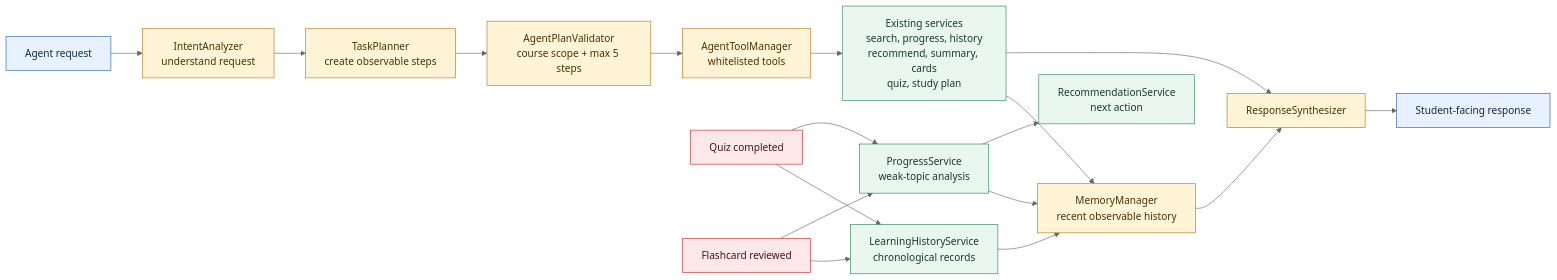
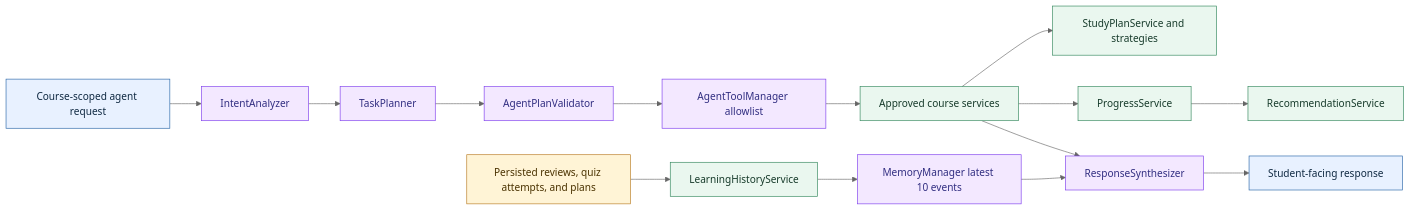
Before and after one commit to ZaaidAhmed/StudyForge: the fourth of 4 diagrams in docs/architecture-diagram.md, drawn with Mermaid (neutral theme). The commit also changed other lines of this file and 6 other files, not shown here.

````diff
--- a/docs/architecture-diagram.md
+++ b/docs/architecture-diagram.md
@@ -130,39 +147,31 @@
 ```mermaid
 flowchart LR
-    Request[Agent request]
-    Intent[IntentAnalyzer\nunderstand request]
-    Plan[TaskPlanner\ncreate observable steps]
-    Check[AgentPlanValidator\ncourse scope + max 5 steps]
-    Tools[AgentToolManager\nwhitelisted tools]
-    Services[Existing services\nsearch, progress, history\nrecommend, summary, cards\nquiz, study plan]
-    Memory[MemoryManager\nrecent observable history]
-    Response[ResponseSynthesizer]
-    Student[Student-facing response]
+    UserRequest[Course-scoped agent request]
+    Intent[IntentAnalyzer]
+    Planner[TaskPlanner]
+    Validator[AgentPlanValidator]
+    ToolManager[AgentToolManager allowlist]
+    Services[Approved course services]
+    Synthesis[ResponseSynthesizer]
+    Answer[Student-facing response]
+    History[LearningHistoryService]
+    Memory[MemoryManager latest 10 events]
+    Events[Persisted reviews, quiz attempts, and plans]
+    Progress[ProgressService]
+    Recommendation[RecommendationService]
+    StudyPlan[StudyPlanService and strategies]
 
-    Request --> Intent --> Plan --> Check --> Tools --> Services --> Response --> Student
-    Memory --> Response
-    Services --> Memory
-
-    Quiz[Quiz completed]
-    Review[Flashcard reviewed]
-    Progress[ProgressService\nweak-topic analysis]
-    Recommendation[RecommendationService\nnext action]
-    History[LearningHistoryService\nchronological records]
-
-    Quiz --> Progress
-    Review --> Progress
-    Progress --> Recommendation
-    Quiz --> History
-    Review --> History
-    History --> Memory
-    Progress --> Memory
+    UserRequest --> Intent --> Planner --> Validator --> ToolManager --> Services --> Synthesis --> Answer
+    Events --> History --> Memory --> Synthesis
+    Services --> Progress --> Recommendation
+    Services --> StudyPlan
 
     classDef input fill:#e8f1ff,stroke:#2563a6,color:#102a43
-    classDef control fill:#fff4d6,stroke:#b7791f,color:#4a3200
+    classDef control fill:#f3e8ff,stroke:#7c3aed,color:#312e81
     classDef service fill:#eaf7ef,stroke:#2f855a,color:#173b2b
-    classDef event fill:#fce8e8,stroke:#c53030,color:#4a1515
-    class Request,Student input
-    class Intent,Plan,Check,Tools,Memory,Response control
-    class Services,Progress,Recommendation,History service
-    class Quiz,Review event
+    classDef data fill:#fff4d6,stroke:#b7791f,color:#4a3200
+    class UserRequest,Answer input
+    class Intent,Planner,Validator,ToolManager,Synthesis,Memory control
+    class Services,Progress,Recommendation,StudyPlan,History service
+    class Events data
 ```
````
